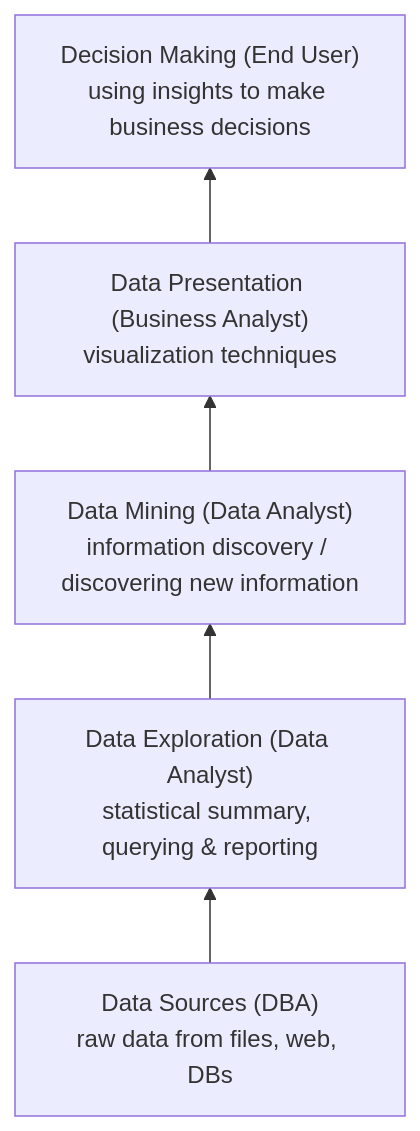
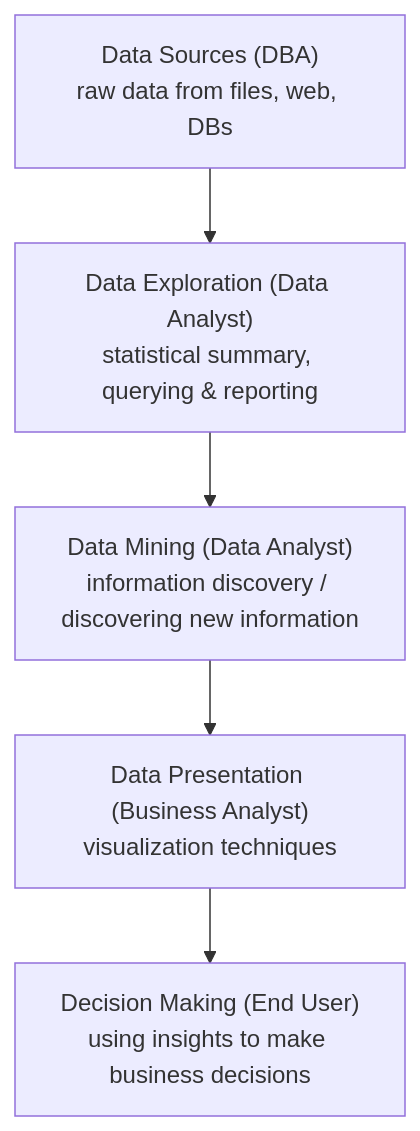
One commit to renugasaraswathy/m-sc-data-science-ai changed the fourth of 5 diagrams in docs/machine-learning/week-01-introduction-to-machine-learning/lesson-01-machine-learning-paradigms-and-workflow.md. Above: the diagram before and after it, drawn with Mermaid. The commit also changed other lines of this file and 9 other files, not shown here.

````diff
--- a/docs/machine-learning/week-01-introduction-to-machine-learning/lesson-01-machine-learning-paradigms-and-workflow.md
+++ b/docs/machine-learning/week-01-introduction-to-machine-learning/lesson-01-machine-learning-paradigms-and-workflow.md
@@ -107,7 +103,7 @@
 ```mermaid
-flowchart BT
+flowchart TD
     A["Data Sources (DBA)<br/>raw data from files, web, DBs"] --> B["Data Exploration (Data Analyst)<br/>statistical summary, querying & reporting"]
     B --> C["Data Mining (Data Analyst)<br/>information discovery / discovering new information"]
     C --> D["Data Presentation (Business Analyst)<br/>visualization techniques"]
     D --> E["Decision Making (End User)<br/>using insights to make business decisions"]
 ```
````
